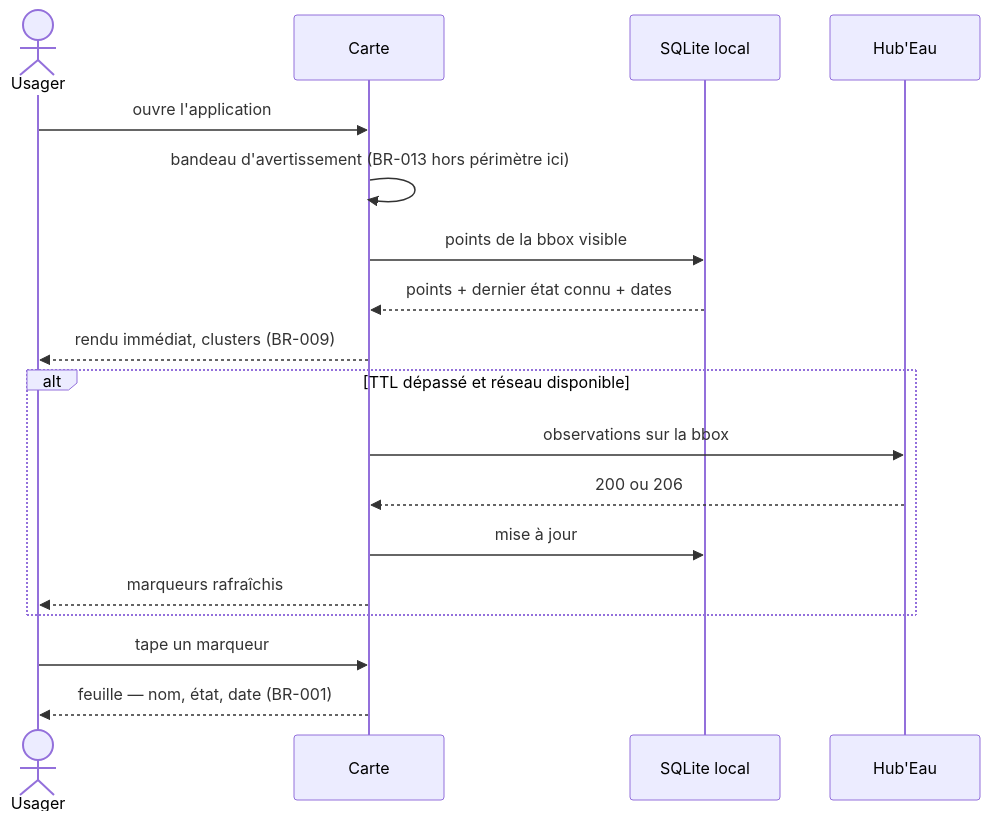
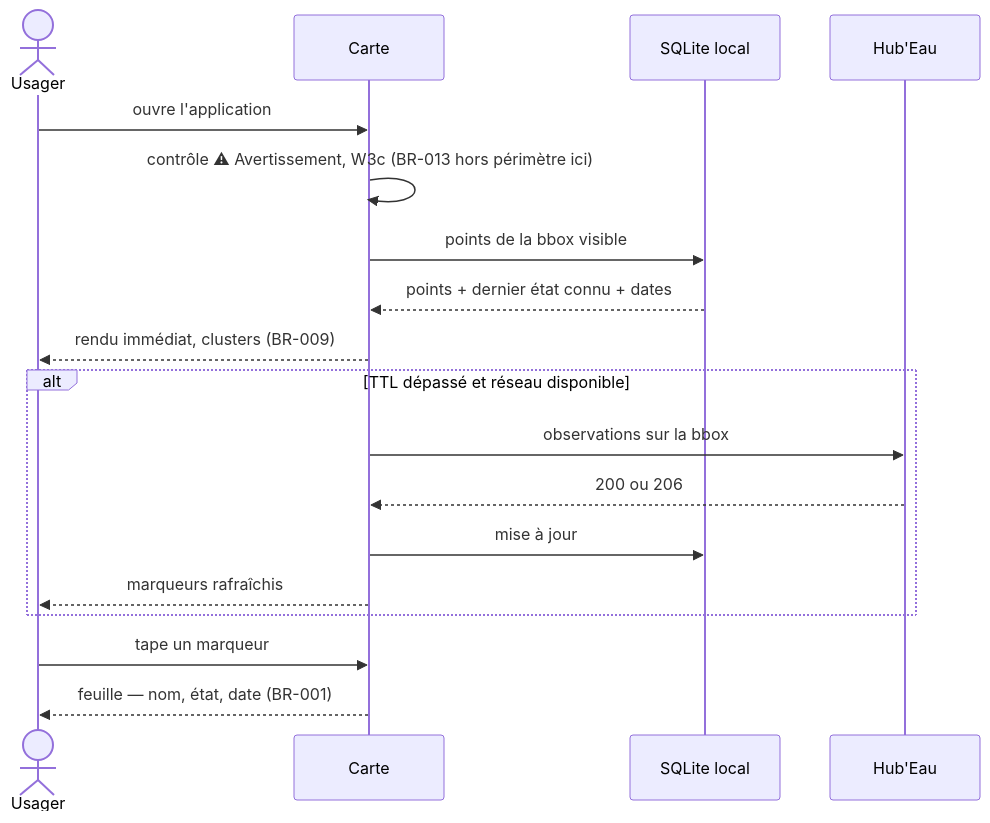
Before and after one commit to HubEauContrib/MartinPecheur: the diagram in docs/use-cases/UC-001-consulter-la-carte-autour-de-moi.md, drawn with Mermaid. The commit also changed other lines of this file and 194 other files, not shown here.

First line of the commit message:
T1 : architecture MVVM (ADR-014), données, vues et avertissements (lots 1 à 4) (#12)

````diff
--- a/docs/use-cases/UC-001-consulter-la-carte-autour-de-moi.md
+++ b/docs/use-cases/UC-001-consulter-la-carte-autour-de-moi.md
@@ -31,21 +31,21 @@
 ```mermaid
 sequenceDiagram
     actor U as Usager
     participant Carte
     participant Cache as SQLite local
     participant API as Hub'Eau
 
     U->>Carte: ouvre l'application
-    Carte->>Carte: bandeau d'avertissement (BR-013 hors périmètre ici)
+    Carte->>Carte: contrôle ⚠ Avertissement, W3c (BR-013 hors périmètre ici)
     Carte->>Cache: points de la bbox visible
     Cache-->>Carte: points + dernier état connu + dates
     Carte-->>U: rendu immédiat, clusters (BR-009)
     alt TTL dépassé et réseau disponible
         Carte->>API: observations sur la bbox
         API-->>Carte: 200 ou 206
         Carte->>Cache: mise à jour
         Carte-->>U: marqueurs rafraîchis
     end
     U->>Carte: tape un marqueur
     Carte-->>U: feuille — nom, état, date (BR-001)
 ```
````
